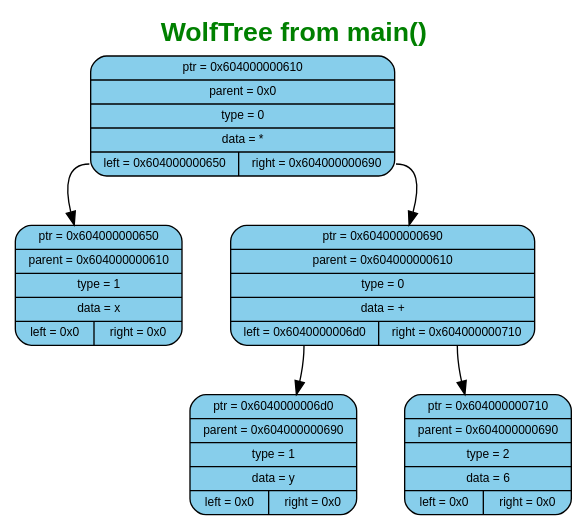
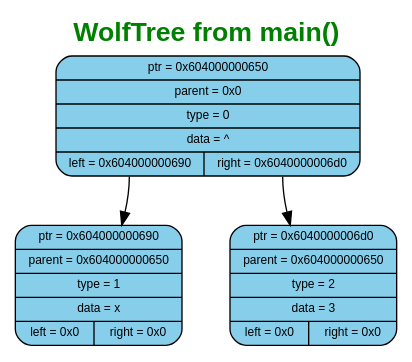
Before and after one commit to murugov/WolframSigma: the diagram in WOLFRAM_SIGMA/ReportFiles/graphs/graph0/wolf.dot, drawn with Graphviz. The commit also changed 32 other files, not shown here.

```diff
--- a/WOLFRAM_SIGMA/ReportFiles/graphs/graph0/wolf.dot
+++ b/WOLFRAM_SIGMA/ReportFiles/graphs/graph0/wolf.dot
@@ -1,23 +1,19 @@
 digraph G {
 	label=<<B>WolfTree from main()</B>>;
 	fontcolor="#008000";
 	fontname="Arial";
 	labelloc="top";
 	labeljust="center";
 	fontsize=20;
 	rankdir=TB;
 	center=true;
 	nodesep=0.5;
 	ranksep=0.5;
 	node[fontsize=9, shape=box, width=0.7, height=0.4, style="filled, rounded", fontname="Arial"];
 
-	n0 [shape=record, label="{ptr = 0x604000000610 | parent = 0x0 | type = 0 | data = * | {<left> left = 0x604000000650 | <right> right = 0x604000000690}}", fillcolor="#87CEEB", color="black"]
-	n1 [shape=record, label="{ptr = 0x604000000650 | parent = 0x604000000610 | type = 1 | data = x | {<left> left = 0x0 | <right> right = 0x0}}", fillcolor="#87CEEB", color="black"]
+	n0 [shape=record, label="{ptr = 0x604000000650 | parent = 0x0 | type = 0 | data = ^ | {<left> left = 0x604000000690 | <right> right = 0x6040000006d0}}", fillcolor="#87CEEB", color="black"]
+	n1 [shape=record, label="{ptr = 0x604000000690 | parent = 0x604000000650 | type = 1 | data = x | {<left> left = 0x0 | <right> right = 0x0}}", fillcolor="#87CEEB", color="black"]
 	n0:left -> n1
-	n2 [shape=record, label="{ptr = 0x604000000690 | parent = 0x604000000610 | type = 0 | data = + | {<left> left = 0x6040000006d0 | <right> right = 0x604000000710}}", fillcolor="#87CEEB", color="black"]
+	n2 [shape=record, label="{ptr = 0x6040000006d0 | parent = 0x604000000650 | type = 2 | data = 3 | {<left> left = 0x0 | <right> right = 0x0}}", fillcolor="#87CEEB", color="black"]
 	n0:right -> n2
-	n3 [shape=record, label="{ptr = 0x6040000006d0 | parent = 0x604000000690 | type = 1 | data = y | {<left> left = 0x0 | <right> right = 0x0}}", fillcolor="#87CEEB", color="black"]
-	n2:left -> n3
-	n4 [shape=record, label="{ptr = 0x604000000710 | parent = 0x604000000690 | type = 2 | data = 6 | {<left> left = 0x0 | <right> right = 0x0}}", fillcolor="#87CEEB", color="black"]
-	n2:right -> n4
 }
```
